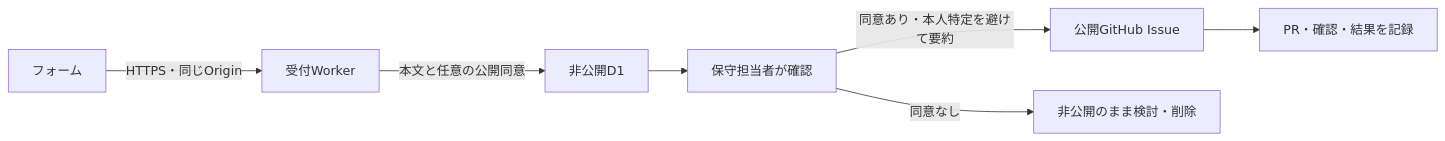
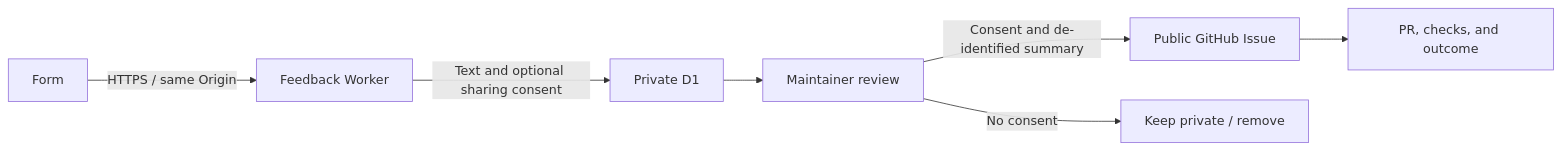
The diagram in docs/feedback.md (3mintimer/muse-relay), drawn with Mermaid before and after one commit. The commit also changed other lines of this file and 49 other files, not shown here.

````diff
--- a/docs/feedback.md
+++ b/docs/feedback.md
@@ -10,9 +12,9 @@
 ```mermaid
 flowchart LR
-  F[フォーム] -->|HTTPS・同じOrigin| W[受付Worker]
-  W -->|本文と任意の公開同意| D[非公開D1]
-  D --> M[保守担当者が確認]
-  M -->|同意あり・本人特定を避けて要約| I[公開GitHub Issue]
-  M -->|同意なし| P[非公開のまま検討・削除]
-  I --> R[PR・確認・結果を記録]
+  F[Form] -->|HTTPS / same Origin| W[Feedback Worker]
+  W -->|Text and optional sharing consent| D[Private D1]
+  D --> M[Maintainer review]
+  M -->|Consent and de-identified summary| I[Public GitHub Issue]
+  M -->|No consent| P[Keep private / remove]
+  I --> R[PR, checks, and outcome]
 ```
````
